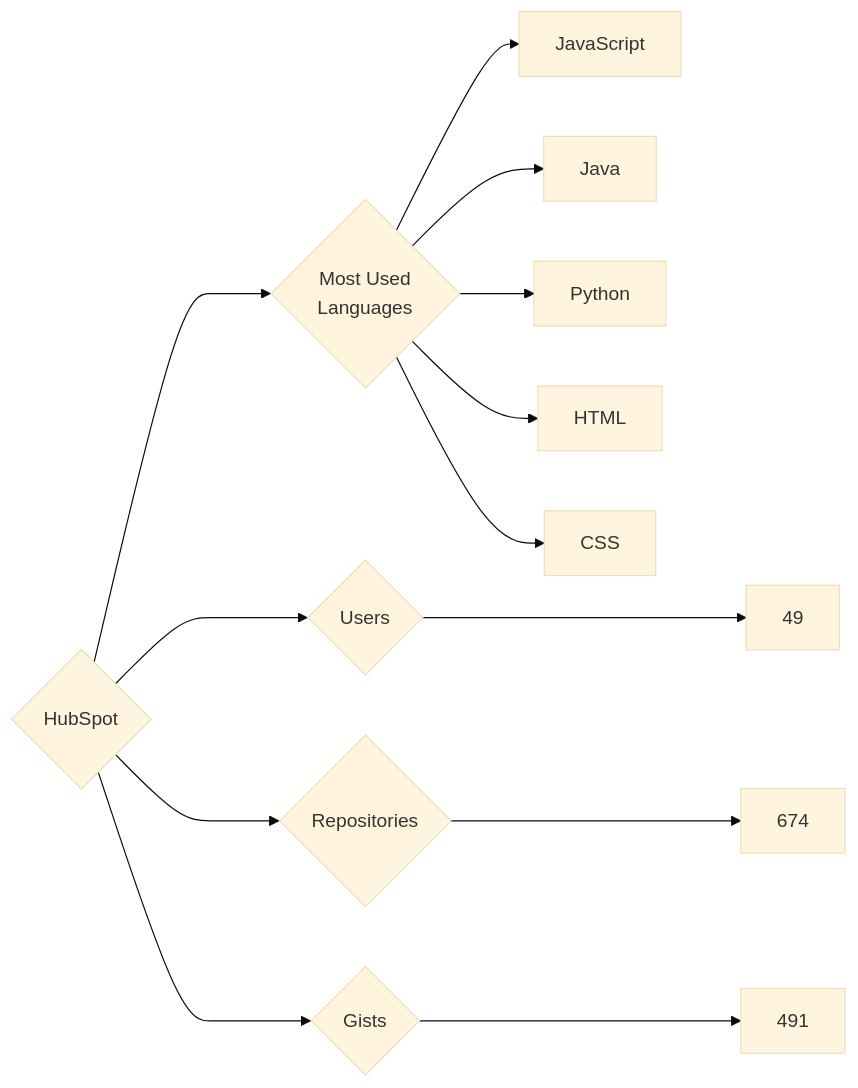
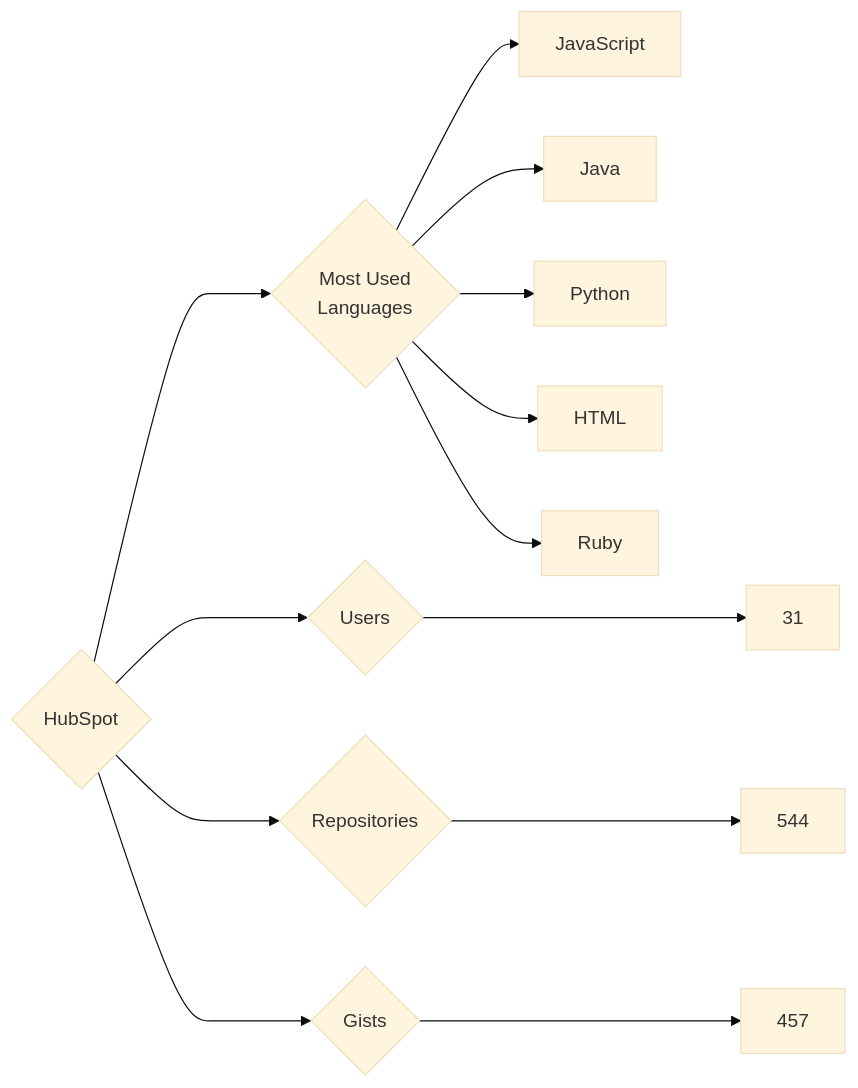
One commit to trickest/insiders changed the diagram in targets/HubSpot/README.md. Above: the diagram before and after it, drawn with Mermaid (base theme). The commit also changed 984 other files, not shown here.

````diff
--- a/targets/HubSpot/README.md
+++ b/targets/HubSpot/README.md
@@ -3,13 +3,13 @@
 ```mermaid
 graph LR
 COMPANY_NAME{HubSpot}
-COMPANY_NAME ---> U{Users} ---> UN[49]
-COMPANY_NAME ---> R{Repositories} ---> RN[674]
-COMPANY_NAME ---> G{Gists} ---> GN[491]
+COMPANY_NAME ---> U{Users} ---> UN[31]
+COMPANY_NAME ---> R{Repositories} ---> RN[544]
+COMPANY_NAME ---> G{Gists} ---> GN[457]
 COMPANY_NAME ---> ML{Most Used<br>Languages}
 ML --> JavaScript[JavaScript]
 ML --> Java[Java]
 ML --> Python[Python]
 ML --> HTML[HTML]
-ML --> CSS[CSS]
+ML --> Ruby[Ruby]
 ```
````
